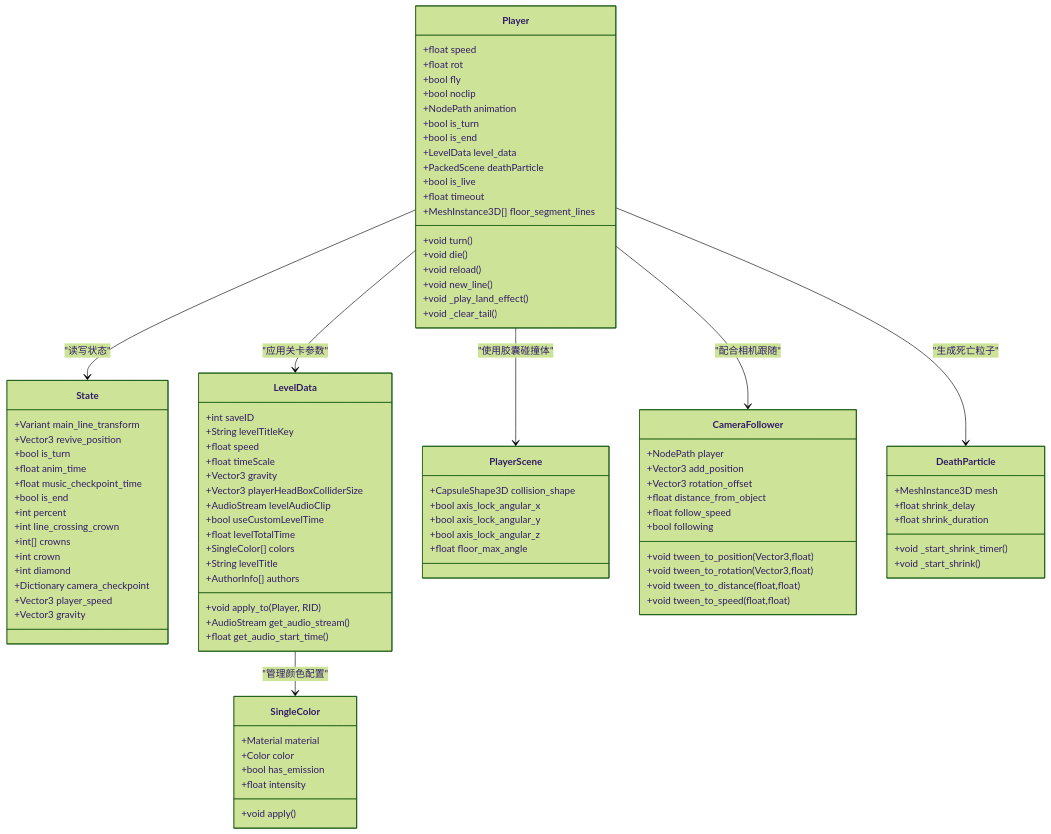
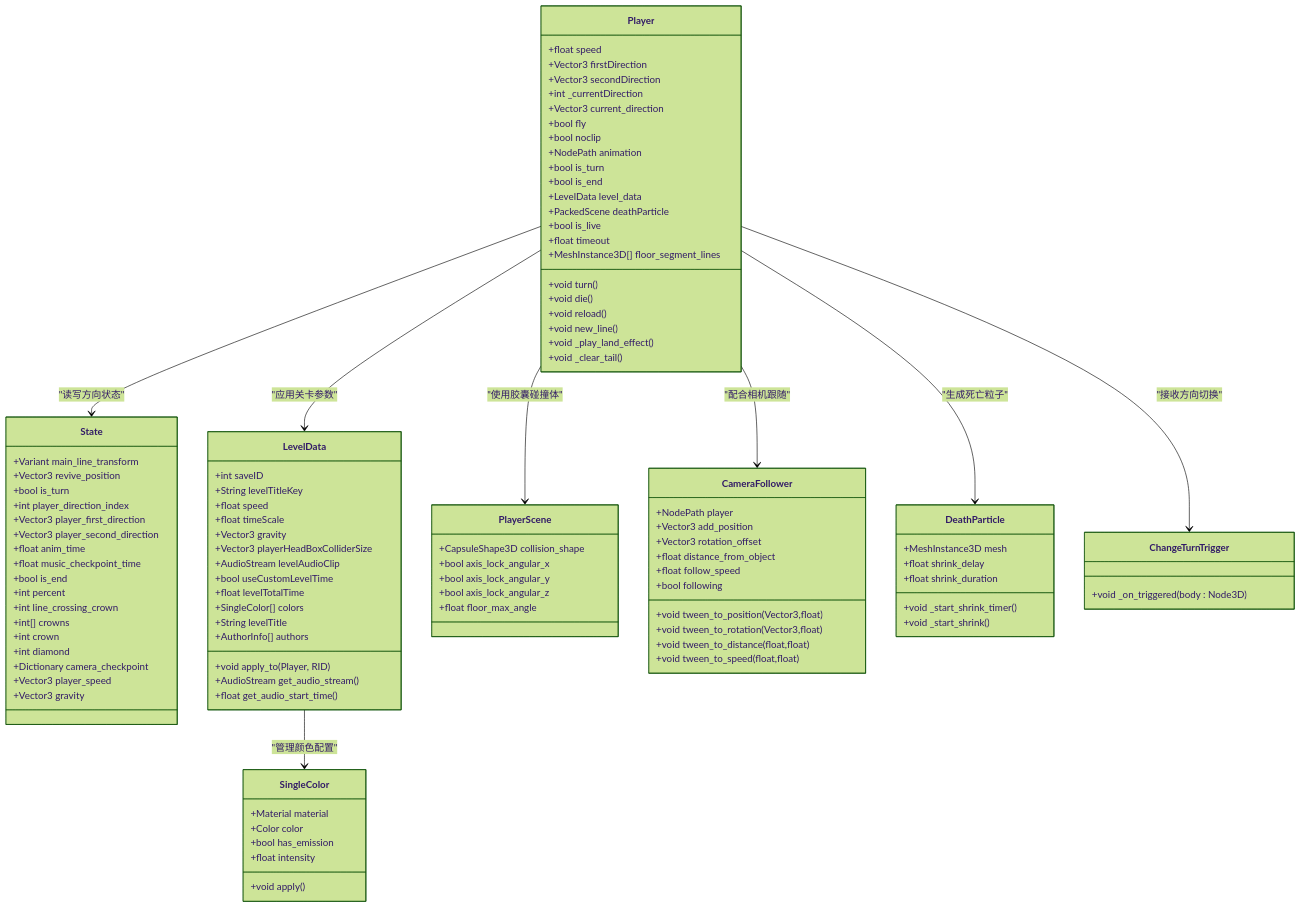
The third of 6 diagrams in .qoder/repowiki/zh/content/游戏系统/角色控制系统.md (godotline/godot-line), drawn with Mermaid (forest theme) before and after one commit. The commit also changed other lines of this file and 34 other files, not shown here.

````diff
--- a/.qoder/repowiki/zh/content/游戏系统/角色控制系统.md
+++ b/.qoder/repowiki/zh/content/游戏系统/角色控制系统.md
@@ -171,7 +185,10 @@
 classDiagram
 class Player {
 +float speed
-+float rot
++Vector3 firstDirection
++Vector3 secondDirection
++int _currentDirection
++Vector3 current_direction
 +bool fly
 +bool noclip
 +NodePath animation
@@ -193,6 +210,9 @@
 +Variant main_line_transform
 +Vector3 revive_position
 +bool is_turn
++int player_direction_index
++Vector3 player_first_direction
++Vector3 player_second_direction
 +float anim_time
 +float music_checkpoint_time
 +bool is_end
@@ -255,10 +275,14 @@
 +void _start_shrink_timer()
 +void _start_shrink()
 }
-Player --> State : "读写状态"
+class ChangeTurnTrigger {
++void _on_triggered(body : Node3D)
+}
+Player --> State : "读写方向状态"
 Player --> LevelData : "应用关卡参数"
 Player --> PlayerScene : "使用胶囊碰撞体"
 Player --> CameraFollower : "配合相机跟随"
 Player --> DeathParticle : "生成死亡粒子"
+Player --> ChangeTurnTrigger : "接收方向切换"
 LevelData --> SingleColor : "管理颜色配置"
 ```
````
